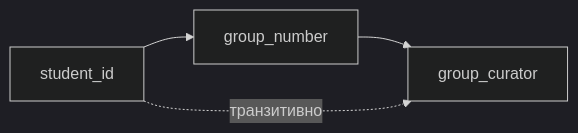
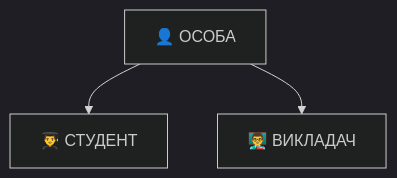
The fourth of 10 diagrams in presentations/presentation-06.md (olroi421/course-bd), drawn with Mermaid (dark theme) before and after one commit. The commit also changed other lines of this file and 12 other files, not shown here.

````diff
--- a/presentations/presentation-06.md
+++ b/presentations/presentation-06.md
@@ -321,5 +124,5 @@
 ```mermaid
-graph LR
-    A[student_id] --> B[group_number] --> C[group_curator]
-    A -.->|транзитивно| C
+graph TD
+    A[👤 ОСОБА] --> B[👨‍🎓 СТУДЕНТ]
+    A --> C[👨‍🏫 ВИКЛАДАЧ]
 ```
````
